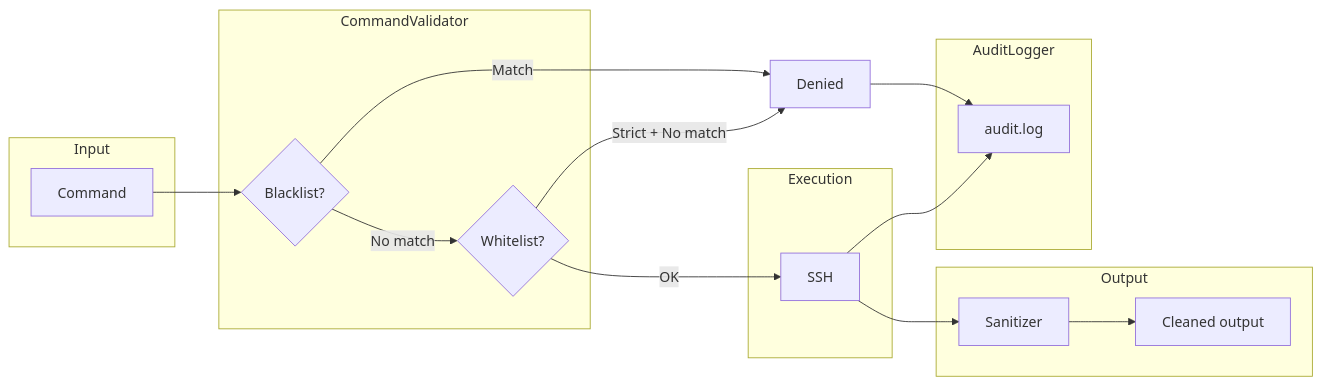
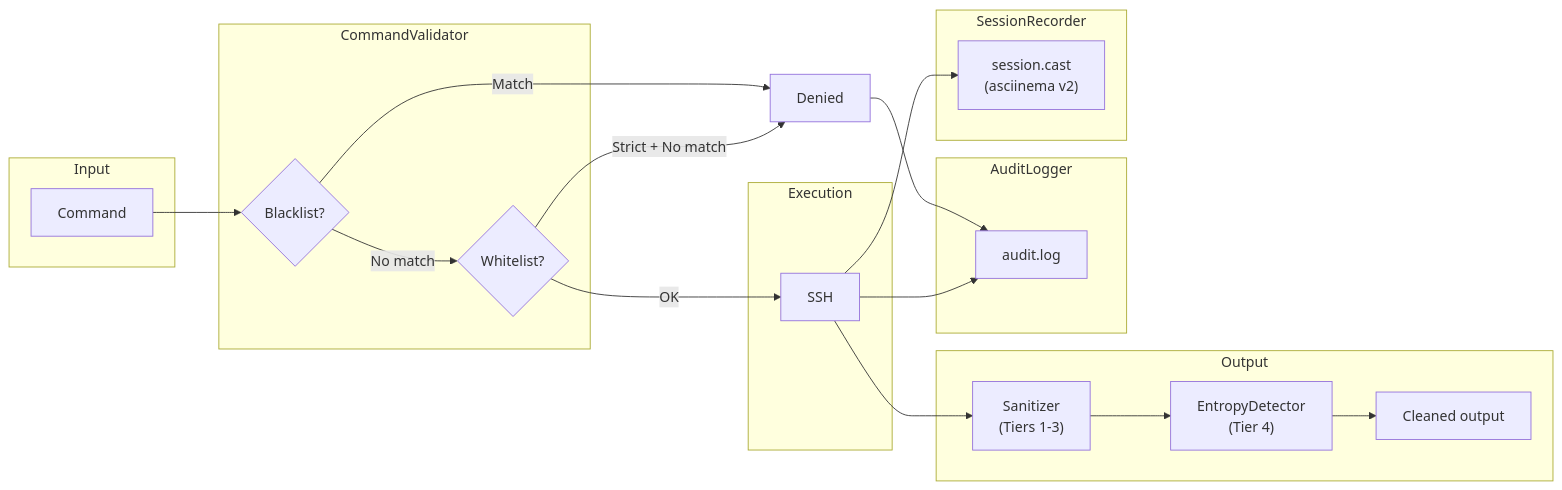
Before and after one commit to muchiny/mcp-ssh-bridge: the first of 17 diagrams in src/security/README.md, drawn with Mermaid. The commit also changed other lines of this file and 8 other files, not shown here.

````diff
--- a/src/security/README.md
+++ b/src/security/README.md
@@ -18,35 +20,42 @@
 ```mermaid
 flowchart LR
     subgraph Input["Input"]
         CMD["Command"]
     end
 
     subgraph Validation["CommandValidator"]
         BL{"Blacklist?"}
         WL{"Whitelist?"}
     end
 
     subgraph Execution["Execution"]
         SSH["SSH"]
     end
 
     subgraph Output["Output"]
-        SAN["Sanitizer"]
+        SAN["Sanitizer<br/>(Tiers 1-3)"]
+        ENT["EntropyDetector<br/>(Tier 4)"]
         CLEAN["Cleaned output"]
     end
 
     subgraph Audit["AuditLogger"]
         LOG["audit.log"]
+    end
+
+    subgraph Recording["SessionRecorder"]
+        REC["session.cast<br/>(asciinema v2)"]
     end
 
     CMD --> BL
     BL -->|"Match"| DENY["Denied"]
     BL -->|"No match"| WL
     WL -->|"Strict + No match"| DENY
     WL -->|"OK"| SSH
     SSH --> SAN
-    SAN --> CLEAN
+    SAN --> ENT
+    ENT --> CLEAN
 
     DENY --> LOG
     SSH --> LOG
+    SSH --> REC
 ```
````
